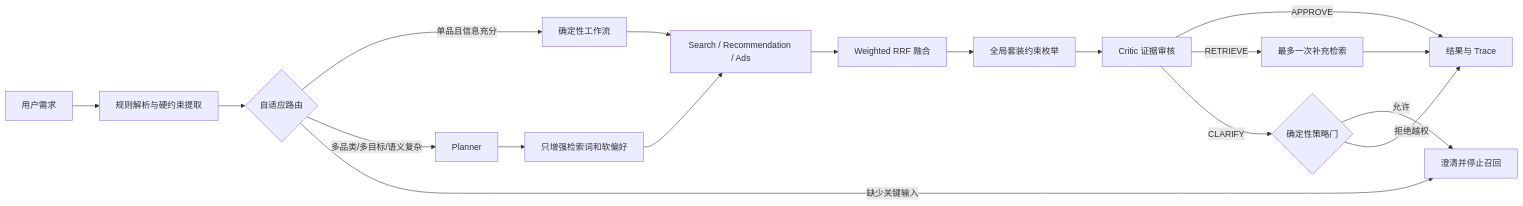
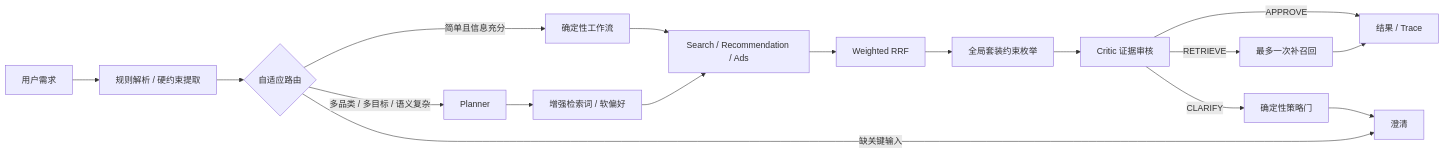
Before and after one commit to ShinyHero666/BuySense-Agent: the diagram in code/java-control-plane/docs/PROJECT_REVIEW_CN.md, drawn with Mermaid. The commit also changed other lines of this file and 1 other file, not shown here.

Commit message:
docs: refine architecture and resume narrative

````diff
--- a/code/java-control-plane/docs/PROJECT_REVIEW_CN.md
+++ b/code/java-control-plane/docs/PROJECT_REVIEW_CN.md
@@ -9,20 +9,19 @@
 ```mermaid
 flowchart LR
-    Q[用户需求] --> P[规则解析与硬约束提取]
+    Q[用户需求] --> P[规则解析 / 硬约束提取]
     P --> R{自适应路由}
-    R -->|单品且信息充分| W[确定性工作流]
-    R -->|多品类/多目标/语义复杂| A[Planner]
-    R -->|缺少关键输入| C[澄清并停止召回]
-    A --> E[只增强检索词和软偏好]
+    R -->|简单且信息充分| W[确定性工作流]
+    R -->|多品类 / 多目标 / 语义复杂| A[Planner]
+    R -->|缺关键输入| C[澄清]
+    A --> E[增强检索词 / 软偏好]
     W --> S[Search / Recommendation / Ads]
     E --> S
-    S --> F[Weighted RRF 融合]
+    S --> F[Weighted RRF]
     F --> O[全局套装约束枚举]
     O --> K[Critic 证据审核]
-    K -->|APPROVE| V[结果与 Trace]
-    K -->|RETRIEVE| B[最多一次补充检索]
-    K -->|CLARIFY| G{确定性策略门}
-    G -->|允许| C
-    G -->|拒绝越权| V
+    K -->|APPROVE| V[结果 / Trace]
+    K -->|RETRIEVE| B[最多一次补召回]
+    K -->|CLARIFY| G[确定性策略门]
     B --> V
+    G --> C
 ```
````
